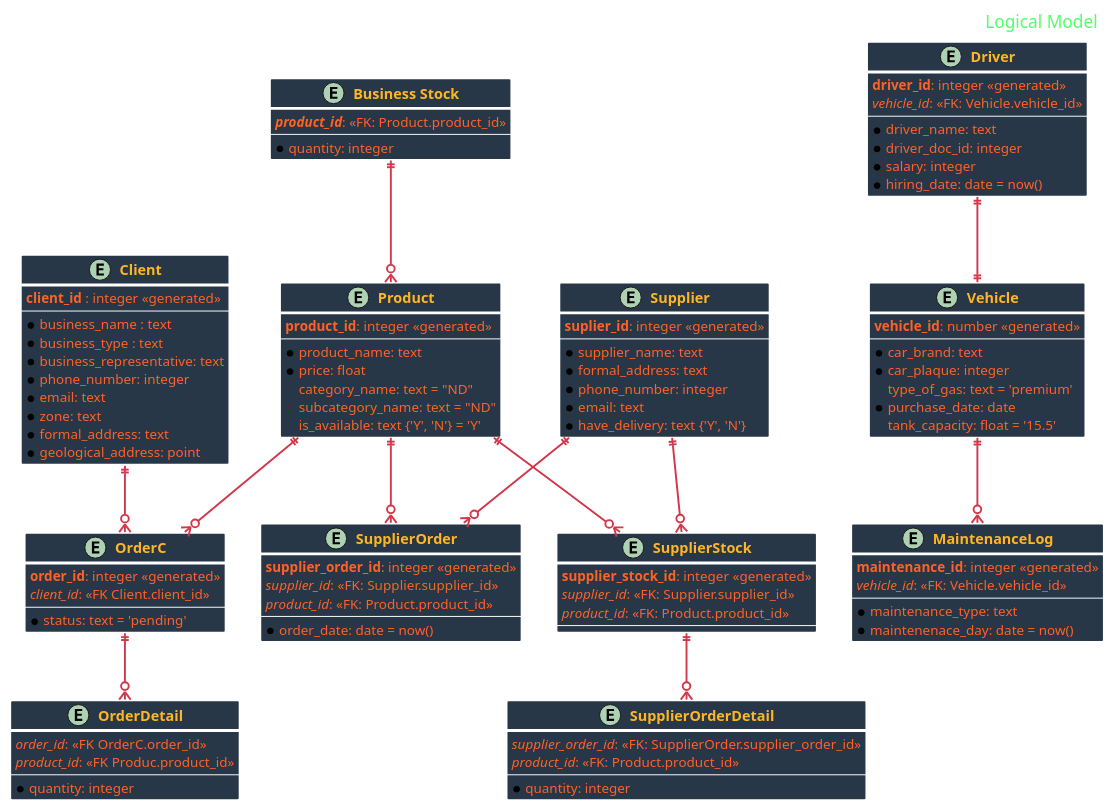
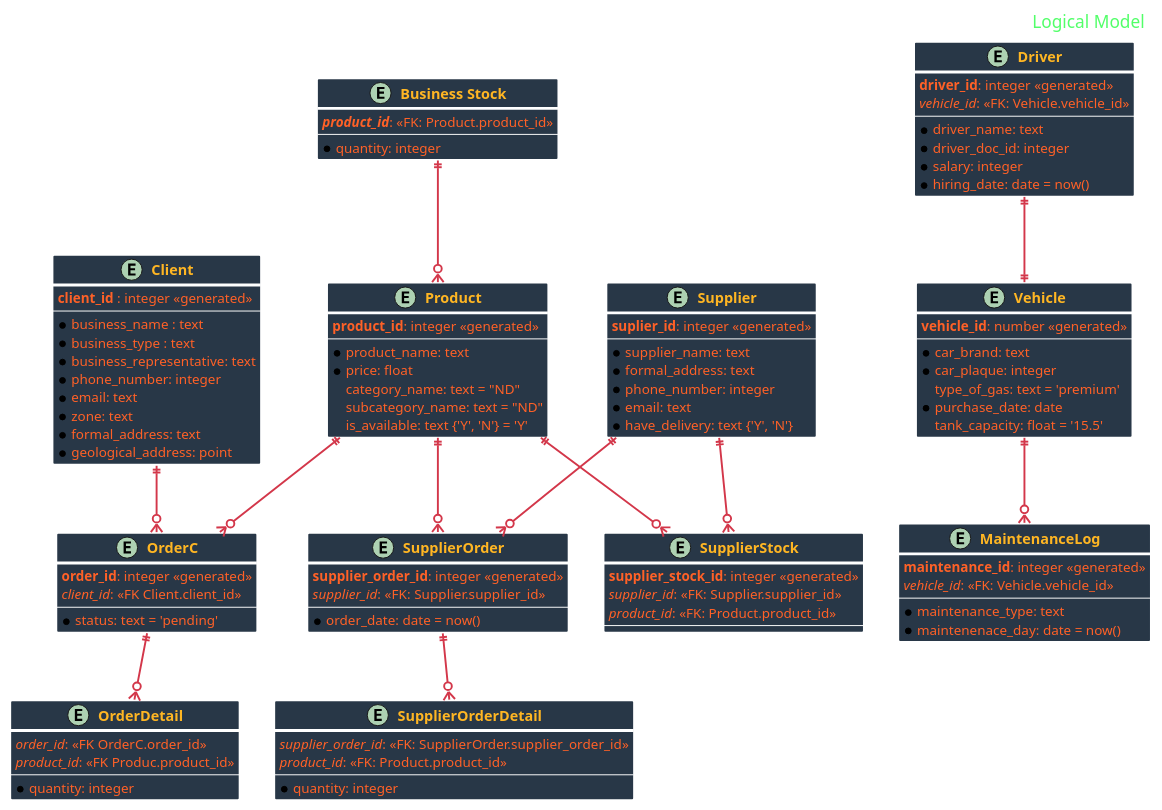
One commit to hros19/CorreCaminos-management-system changed the diagram in logical_diagram.puml. Above: the diagram before and after it, drawn with PlantUML.

```diff
--- a/logical_diagram.puml
+++ b/logical_diagram.puml
@@ -1,140 +1,139 @@
 @startuml Logical Database Model
 
 skinparam BackgroundColor transparent
 
 skinparam HeaderFontColor #52FF69
 skinparam HeaderFontSize 18
 
 skinparam ArrowFontSize 15
 skinparam ArrowColor D3374A
 skinparam ArrowThickness 2
 skinparam ArrowFontColor #3FD0C4
 
 skinparam ClassBorderColor white
 skinparam ClassBorderThickness 3
 skinparam ClassAttributeFontSize 14
 skinparam ClassAttributeFontColor FF6127
 skinparam ClassBackgroundColor #283747
 skinparam ClassFontSize 15
 skinparam ClassFontStyle Bold
 skinparam ClassFontColor #FFB623
 
 
 header Logical Model
 
 entity "Client" as Client {
   **client_id** : integer <<generated>>
   --
   *business_name : text
   *business_type : text
   *business_representative: text
   *phone_number: integer
   *email: text
   *zone: text
   *formal_address: text
   *geological_address: point
 }
 
 entity "Vehicle" as Vehicle {
     **vehicle_id**: number <<generated>>
     --
     *car_brand: text
     *car_plaque: integer
     type_of_gas: text = 'premium'
     *purchase_date: date
     tank_capacity: float = '15.5' 
 }
 
 entity "MaintenanceLog" as MaintenanceLog {
     **maintenance_id**: integer <<generated>>
      //vehicle_id//: <<FK: Vehicle.vehicle_id>> 
     --
     *maintenance_type: text
     *maintenenace_day: date = now()
 }
 
 entity "Driver" as Driver {
     **driver_id**: integer <<generated>>
     //vehicle_id//: <<FK: Vehicle.vehicle_id>>
     --
     *driver_name: text
     *driver_doc_id: integer
     *salary: integer
     *hiring_date: date = now()
 }
 
 entity "OrderC" as OrderC{
     **order_id**: integer <<generated>>
     //client_id//: <<FK Client.client_id>>
     --
     *status: text = 'pending'
 }
 
 entity "OrderDetail" as OrderDetail {
     //order_id//: <<FK OrderC.order_id>>
     //product_id//: <<FK Produc.product_id>>
     --
     *quantity: integer
 }
 
 entity "Business Stock" as BusinessStock {
     **//product_id//**: <<FK: Product.product_id>>
     --
     *quantity: integer
 }
 
 entity "Supplier" as Supplier {
     **suplier_id**: integer <<generated>>
     --
     *supplier_name: text
     *formal_address: text
     *phone_number: integer
     *email: text
     *have_delivery: text {'Y', 'N'}
 }
 
 entity "Product" as Product {
     **product_id**: integer <<generated>>
     --
     *product_name: text
     *price: float
     category_name: text = "ND"
     subcategory_name: text = "ND"
     is_available: text {'Y', 'N'} = 'Y'
 }
 
 entity "SupplierStock" as SupplierStock {
     **supplier_stock_id**: integer <<generated>>
     //supplier_id//: <<FK: Supplier.supplier_id>>
     //product_id//: <<FK: Product.product_id>>
     --
 }
 
 entity "SupplierOrder" as SupplierOrder {
     **supplier_order_id**: integer <<generated>>
     //supplier_id//: <<FK: Supplier.supplier_id>>
-    //product_id//: <<FK: Product.product_id>>
     --
    *order_date: date = now()
 }
 
 entity "SupplierOrderDetail" as SupplierOrderDetail {
     //supplier_order_id//: <<FK: SupplierOrder.supplier_order_id>>
     //product_id//: <<FK: Product.product_id>>
     --
     *quantity: integer
 }
 
 Driver ||--|| Vehicle
 Vehicle ||--o{ MaintenanceLog
 Client ||--o{ OrderC
 Product ||--o{ OrderC
 OrderC ||--o{ OrderDetail
 Supplier ||--o{ SupplierOrder
 Supplier ||--o{ SupplierStock
 Product ||--o{ SupplierStock
 Product ||--o{ SupplierOrder
 BusinessStock ||--o{ Product
-SupplierStock ||--o{  SupplierOrderDetail
+SupplierOrder ||--o{  SupplierOrderDetail
 
 @enduml
```
